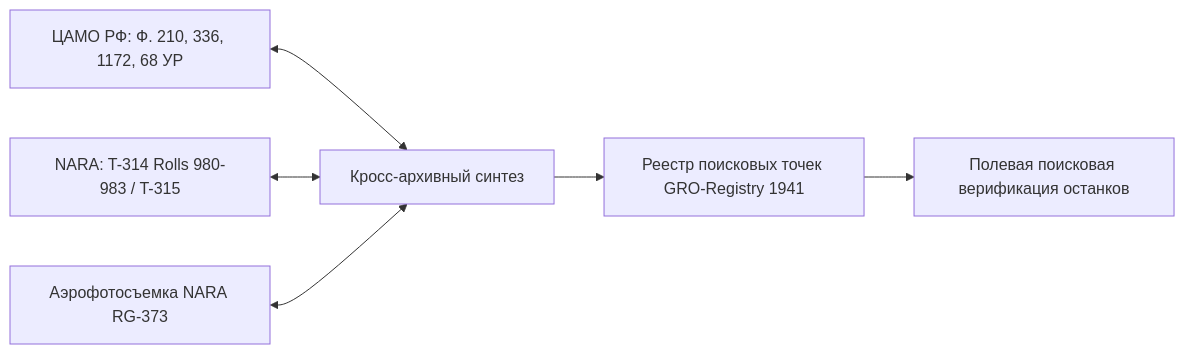
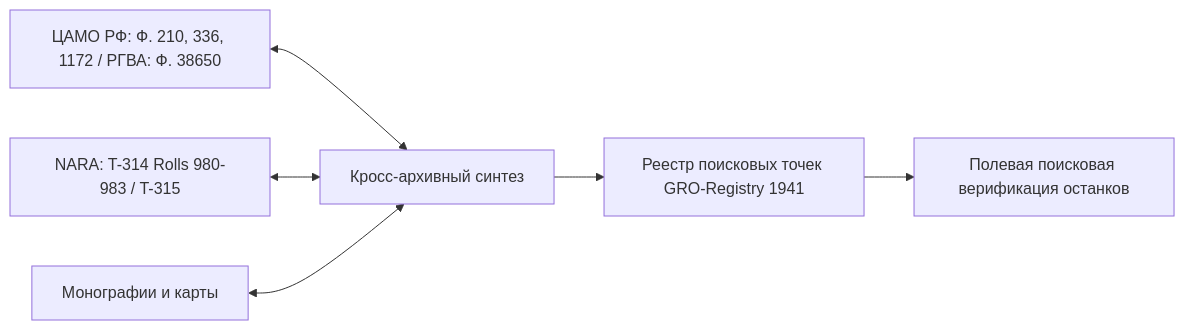
The first of 5 diagrams in research_data/01_1941_defense_grodno.md (rickgzschambezrh825-hash/grodno-map), drawn with Mermaid before and after one commit. The commit also changed other lines of this file and 8 other files, not shown here.

````diff
--- a/research_data/01_1941_defense_grodno.md
+++ b/research_data/01_1941_defense_grodno.md
@@ -18,8 +18,8 @@
 ```mermaid
 flowchart LR
-    A[ЦАМО РФ: Ф. 210, 336, 1172, 68 УР] <--> B[Кросс-архивный синтез]
+    A[ЦАМО РФ: Ф. 210, 336, 1172 / РГВА: Ф. 38650] <--> B[Кросс-архивный синтез]
     C[NARA: T-314 Rolls 980-983 / T-315] <--> B
-    D[Аэрофотосъемка NARA RG-373] <--> B
+    D[Монографии и карты] <--> B
     B --> E[Реестр поисковых точек GRO-Registry 1941]
     E --> F[Полевая поисковая верификация останков]
 ```
````
